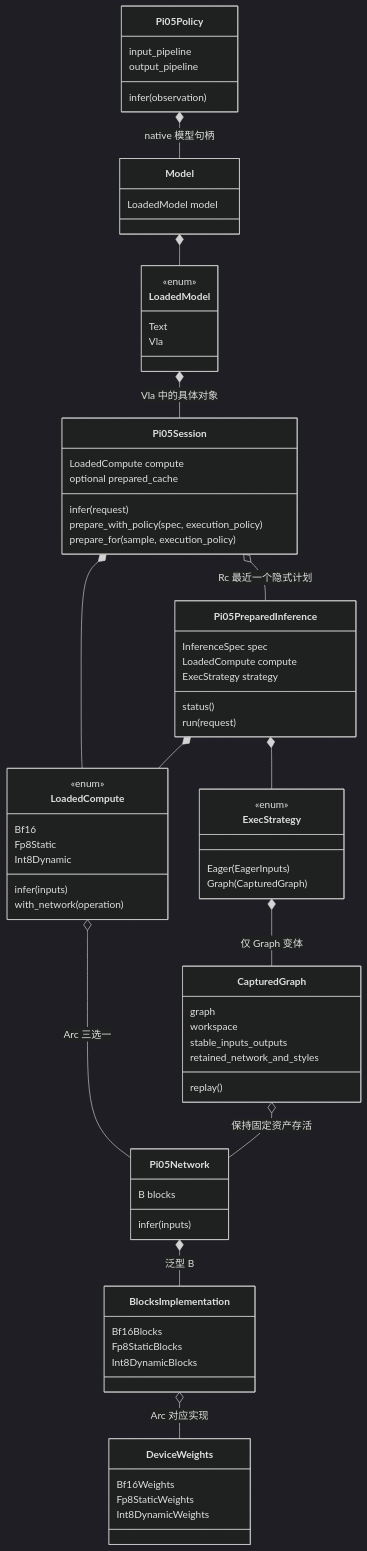
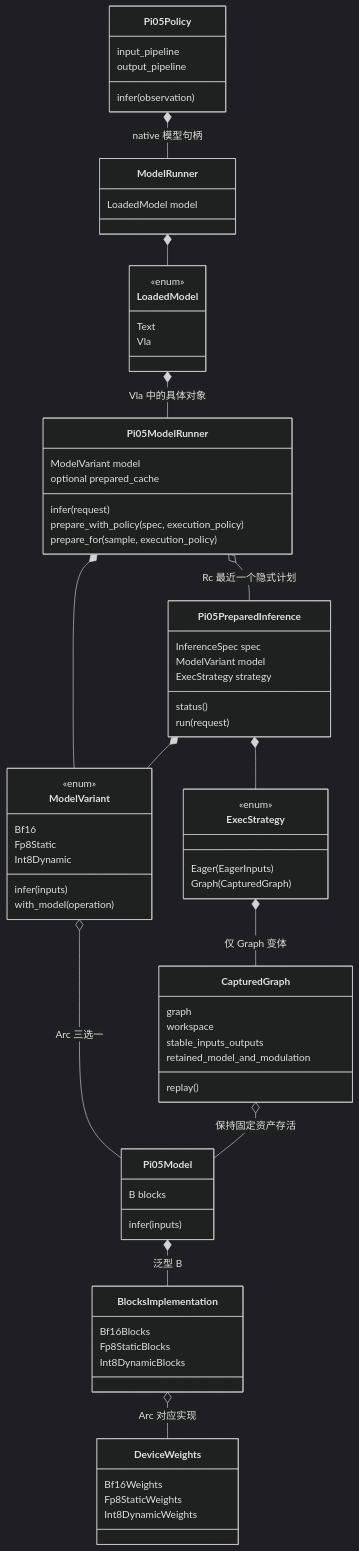
One commit to infinigence/ApxInf changed the third of 6 diagrams in doc/model-lifecycle/architecture.md. Above: the diagram before and after it, drawn with Mermaid (dark theme). The commit also changed other lines of this file and 55 other files, not shown here.

Commit message:
refactor: align model runner and modulation terminology

````diff
--- a/doc/model-lifecycle/architecture.md
+++ b/doc/model-lifecycle/architecture.md
@@ -274,77 +334,77 @@
 ```mermaid
 classDiagram
     direction TB
     class Pi05Policy {
         input_pipeline
         output_pipeline
         infer(observation)
     }
-    class Model {
+    class ModelRunner {
         LoadedModel model
     }
     class LoadedModel {
         <<enum>>
         Text
         Vla
     }
-    class Pi05Session {
-        LoadedCompute compute
+    class Pi05ModelRunner {
+        ModelVariant model
         optional prepared_cache
         infer(request)
         prepare_with_policy(spec, execution_policy)
         prepare_for(sample, execution_policy)
     }
     class Pi05PreparedInference {
         InferenceSpec spec
-        LoadedCompute compute
+        ModelVariant model
         ExecStrategy strategy
         status()
         run(request)
     }
-    class LoadedCompute {
+    class ModelVariant {
         <<enum>>
         Bf16
         Fp8Static
         Int8Dynamic
         infer(inputs)
-        with_network(operation)
+        with_model(operation)
     }
-    class Pi05Network {
+    class Pi05Model {
         B blocks
         infer(inputs)
     }
     class BlocksImplementation {
         Bf16Blocks
         Fp8StaticBlocks
         Int8DynamicBlocks
     }
     class DeviceWeights {
         Bf16Weights
         Fp8StaticWeights
         Int8DynamicWeights
     }
     class ExecStrategy {
         <<enum>>
         Eager(EagerInputs)
         Graph(CapturedGraph)
     }
     class CapturedGraph {
         graph
         workspace
         stable_inputs_outputs
-        retained_network_and_styles
+        retained_model_and_modulation
         replay()
     }
-    Pi05Policy *-- Model : native 模型句柄
-    Model *-- LoadedModel
-    LoadedModel *-- Pi05Session : Vla 中的具体对象
-    Pi05Session *-- LoadedCompute
-    Pi05Session o-- Pi05PreparedInference : Rc 最近一个隐式计划
-    Pi05PreparedInference *-- LoadedCompute
+    Pi05Policy *-- ModelRunner : native 模型句柄
+    ModelRunner *-- LoadedModel
+    LoadedModel *-- Pi05ModelRunner : Vla 中的具体对象
+    Pi05ModelRunner *-- ModelVariant
+    Pi05ModelRunner o-- Pi05PreparedInference : Rc 最近一个隐式计划
+    Pi05PreparedInference *-- ModelVariant
     Pi05PreparedInference *-- ExecStrategy
-    LoadedCompute o-- Pi05Network : Arc 三选一
-    Pi05Network *-- BlocksImplementation : 泛型 B
+    ModelVariant o-- Pi05Model : Arc 三选一
+    Pi05Model *-- BlocksImplementation : 泛型 B
     BlocksImplementation o-- DeviceWeights : Arc 对应实现
     ExecStrategy *-- CapturedGraph : 仅 Graph 变体
-    CapturedGraph o-- Pi05Network : 保持固定资产存活
+    CapturedGraph o-- Pi05Model : 保持固定资产存活
 ```
````
